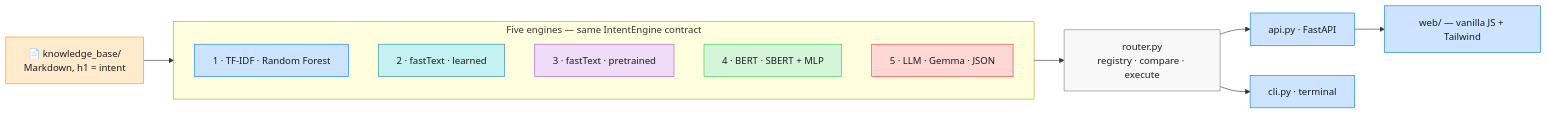
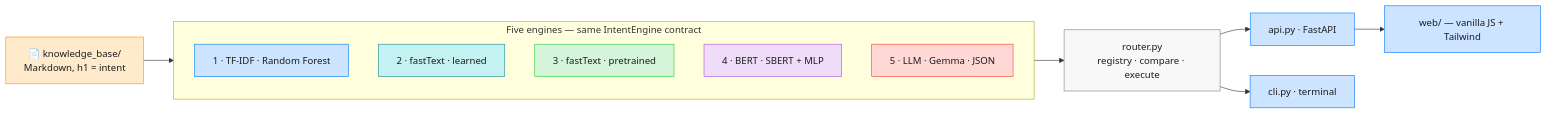
Before and after one commit to warith-harchaoui/intentions: the second of 2 diagrams in README.md, drawn with Mermaid. The commit also changed other lines of this file and 35 other files, not shown here.

````diff
--- a/README.md
+++ b/README.md
@@ -294,29 +297,29 @@
 ```mermaid
 flowchart LR
     KB["📄 knowledge_base/<br/>Markdown, h1 = intent"] --> Engines
 
     subgraph Engines["Five engines — same IntentEngine contract"]
         direction TB
         E1["1 · TF-IDF · Random Forest"]
         E2["2 · fastText · learned"]
         E3["3 · fastText · pretrained"]
         E4["4 · BERT · SBERT + MLP"]
         E5["5 · LLM · Gemma · JSON"]
     end
 
     Engines --> R["router.py<br/>registry · compare · execute"]
     R --> API["api.py · FastAPI"]
     R --> CLI["cli.py · terminal"]
     API --> WEB["web/ — vanilla JS + Tailwind"]
 
     style KB fill:#FFEACC,stroke:#FF9500,color:#1C1C1E
     style R fill:#F8F8F8,stroke:#808080,color:#1C1C1E
     style E1 fill:#CCE4FF,stroke:#007AFF,color:#1C1C1E
     style E2 fill:#C4F1F1,stroke:#1D8C8D,color:#1C1C1E
-    style E3 fill:#EFDCF8,stroke:#AF52DE,color:#1C1C1E
-    style E4 fill:#D4F5D9,stroke:#28CD41,color:#1C1C1E
+    style E3 fill:#D4F5D9,stroke:#28CD41,color:#1C1C1E
+    style E4 fill:#EFDCF8,stroke:#AF52DE,color:#1C1C1E
     style E5 fill:#FFD8D6,stroke:#FF3B30,color:#1C1C1E
     style API fill:#CCE4FF,stroke:#007AFF,color:#1C1C1E
     style CLI fill:#CCE4FF,stroke:#007AFF,color:#1C1C1E
     style WEB fill:#CCE4FF,stroke:#007AFF,color:#1C1C1E
 ```
````
